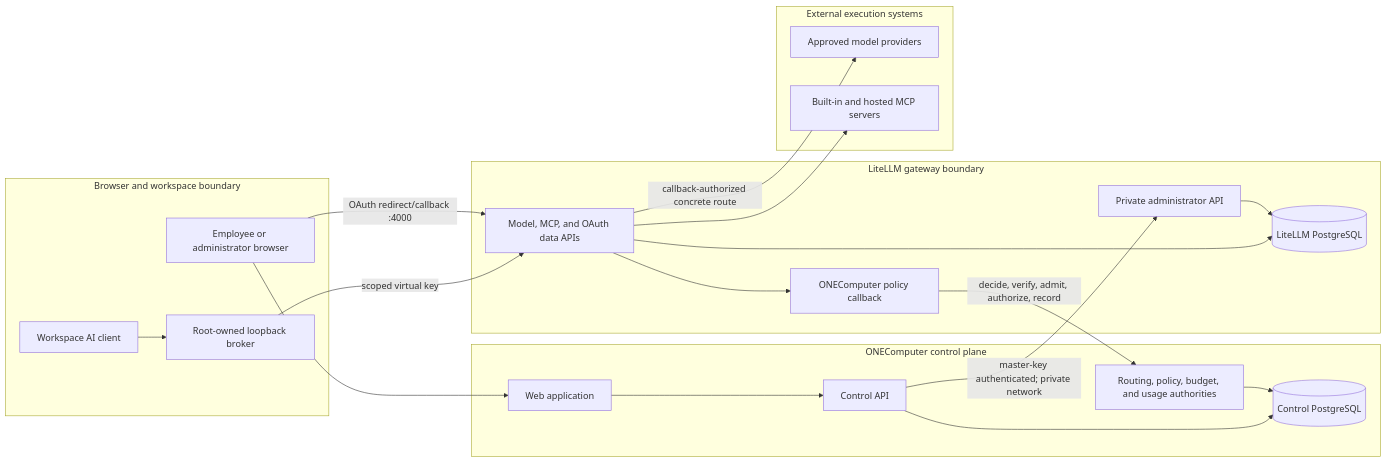
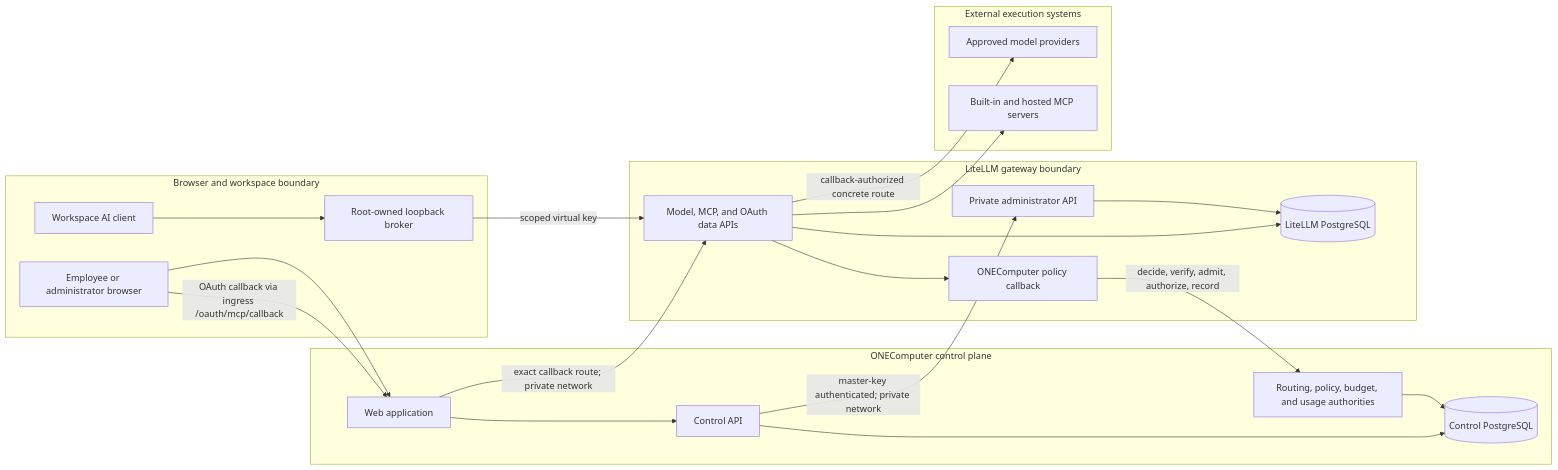
Before and after one commit to ONE-Computer/LemmaComputer: the first of 2 diagrams in docs/litellm-gateway-architecture.md, drawn with Mermaid. The commit also changed 10 other files, not shown here.

Commit message:
route MCP OAuth callbacks through public ingress

````diff
--- a/docs/litellm-gateway-architecture.md
+++ b/docs/litellm-gateway-architecture.md
@@ -23,40 +23,41 @@
 ```mermaid
 flowchart LR
   subgraph UserBoundary["Browser and workspace boundary"]
     Browser["Employee or administrator browser"]
     Agent["Workspace AI client"]
     Broker["Root-owned loopback broker"]
   end
 
   subgraph ControlBoundary["ONEComputer control plane"]
     Web["Web application"]
     Control["Control API"]
     Routing["Routing, policy, budget, and usage authorities"]
     ControlDB[("Control PostgreSQL")]
   end
 
   subgraph GatewayBoundary["LiteLLM gateway boundary"]
     AdminAPI["Private administrator API"]
     DataAPI["Model, MCP, and OAuth data APIs"]
     Callback["ONEComputer policy callback"]
     LiteLLMDB[("LiteLLM PostgreSQL")]
   end
 
   subgraph Upstreams["External execution systems"]
     Providers["Approved model providers"]
     MCP["Built-in and hosted MCP servers"]
   end
 
   Browser --> Web --> Control
-  Browser -->|"OAuth redirect/callback :4000"| DataAPI
+  Browser -->|"OAuth callback via ingress /oauth/mcp/callback"| Web
+  Web -->|"exact callback route; private network"| DataAPI
   Agent --> Broker -->|"scoped virtual key"| DataAPI
   Control -->|"master-key authenticated; private network"| AdminAPI
   AdminAPI --> LiteLLMDB
   DataAPI --> LiteLLMDB
   DataAPI --> Callback
   Callback -->|"decide, verify, admit, authorize, record"| Routing
   Routing --> ControlDB
   Control --> ControlDB
   DataAPI -->|"callback-authorized concrete route"| Providers
   DataAPI --> MCP
 ```
````
